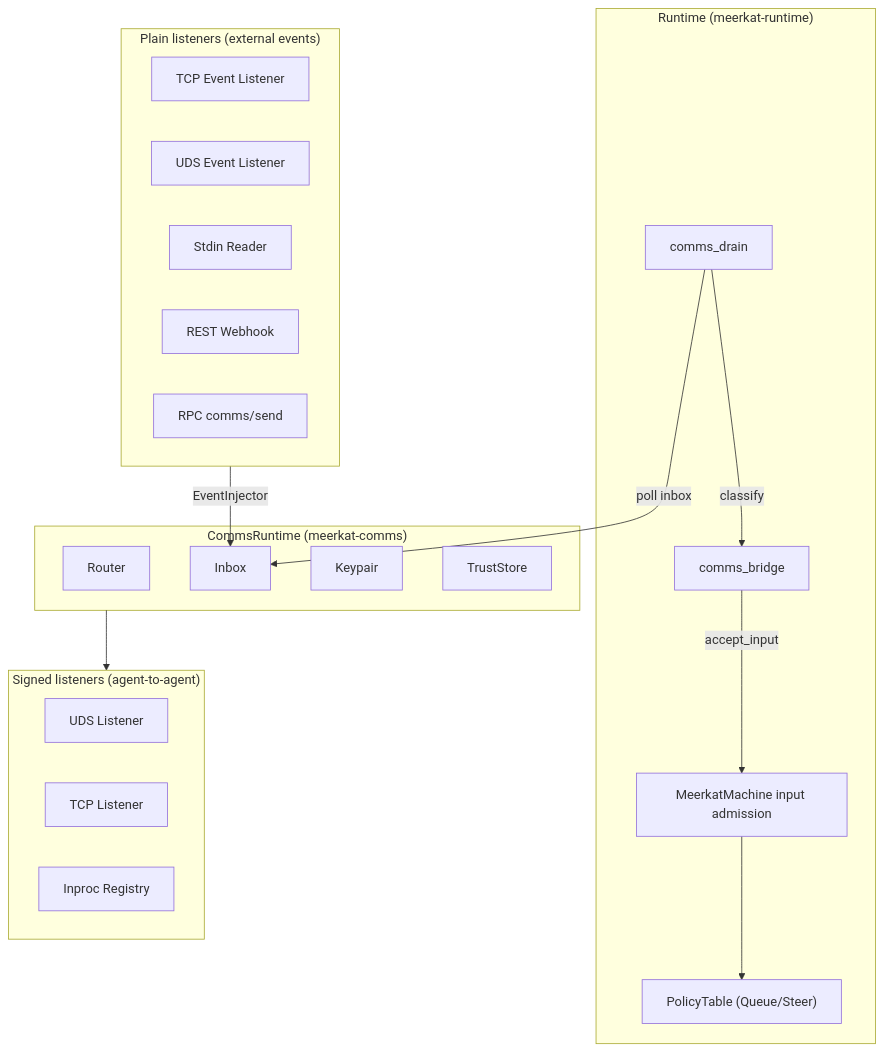
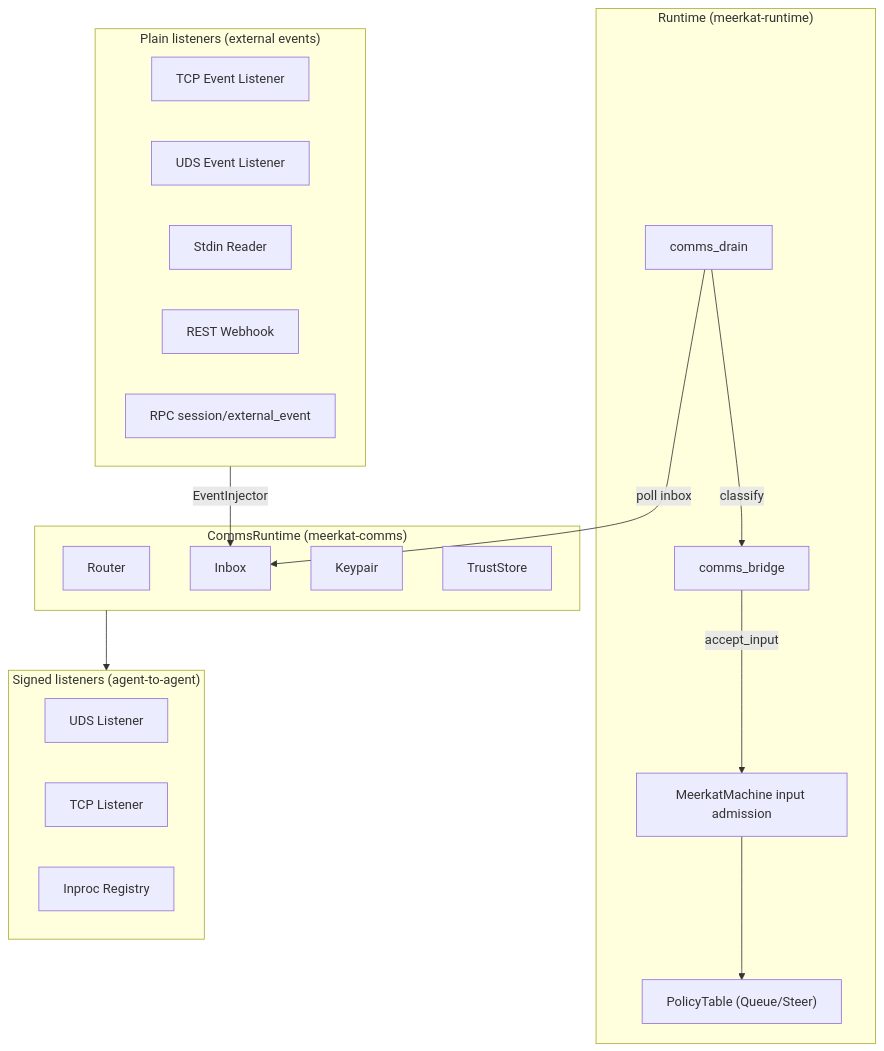
The diagram in docs/guides/comms.mdx (carenic/meerkat), drawn with Mermaid before and after one commit. The commit also changed other lines of this file and 288 other files, not shown here.

````diff
--- a/docs/guides/comms.mdx
+++ b/docs/guides/comms.mdx
@@ -41,38 +41,38 @@
 ```mermaid
 graph TD
     subgraph rt["Runtime (meerkat-runtime)"]
         DRAIN["comms_drain"]
         BRIDGE["comms_bridge"]
         INGRESS["MeerkatMachine input admission"]
         POLICY["PolicyTable (Queue/Steer)"]
     end
 
     subgraph comms["CommsRuntime (meerkat-comms)"]
         ROUTER["Router"]
         INBOX["Inbox"]
         KP["Keypair"]
         TP["TrustStore"]
     end
 
     DRAIN -->|"poll inbox"| INBOX
     DRAIN -->|"classify"| BRIDGE
     BRIDGE -->|"accept_input"| INGRESS
     INGRESS --> POLICY
 
     subgraph signed["Signed listeners (agent-to-agent)"]
         UDS["UDS Listener"]
         TCP["TCP Listener"]
         INPROC["Inproc Registry"]
     end
 
     subgraph plain["Plain listeners (external events)"]
         PTCP["TCP Event Listener"]
         PUDS["UDS Event Listener"]
         STDIN["Stdin Reader"]
         WEBHOOK["REST Webhook"]
-        RPC_EVT["RPC comms/send"]
+        RPC_EVT["RPC session/external_event"]
     end
 
     comms --> signed
     plain -->|"EventInjector"| INBOX
 ```
````
